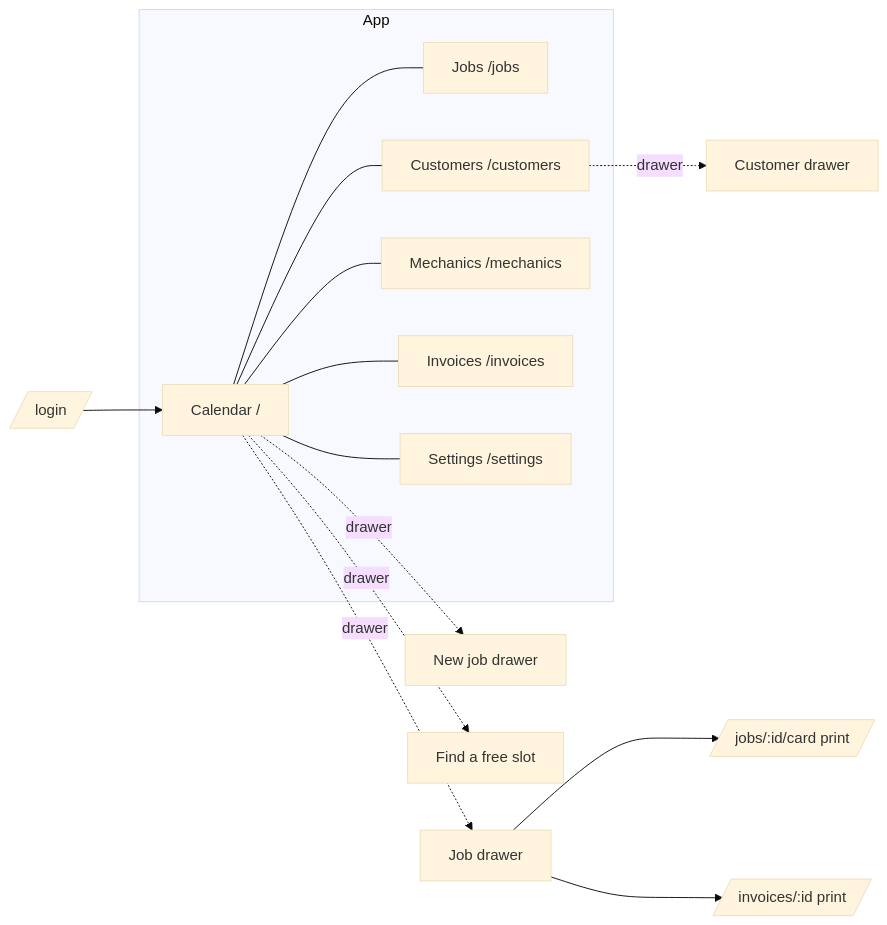
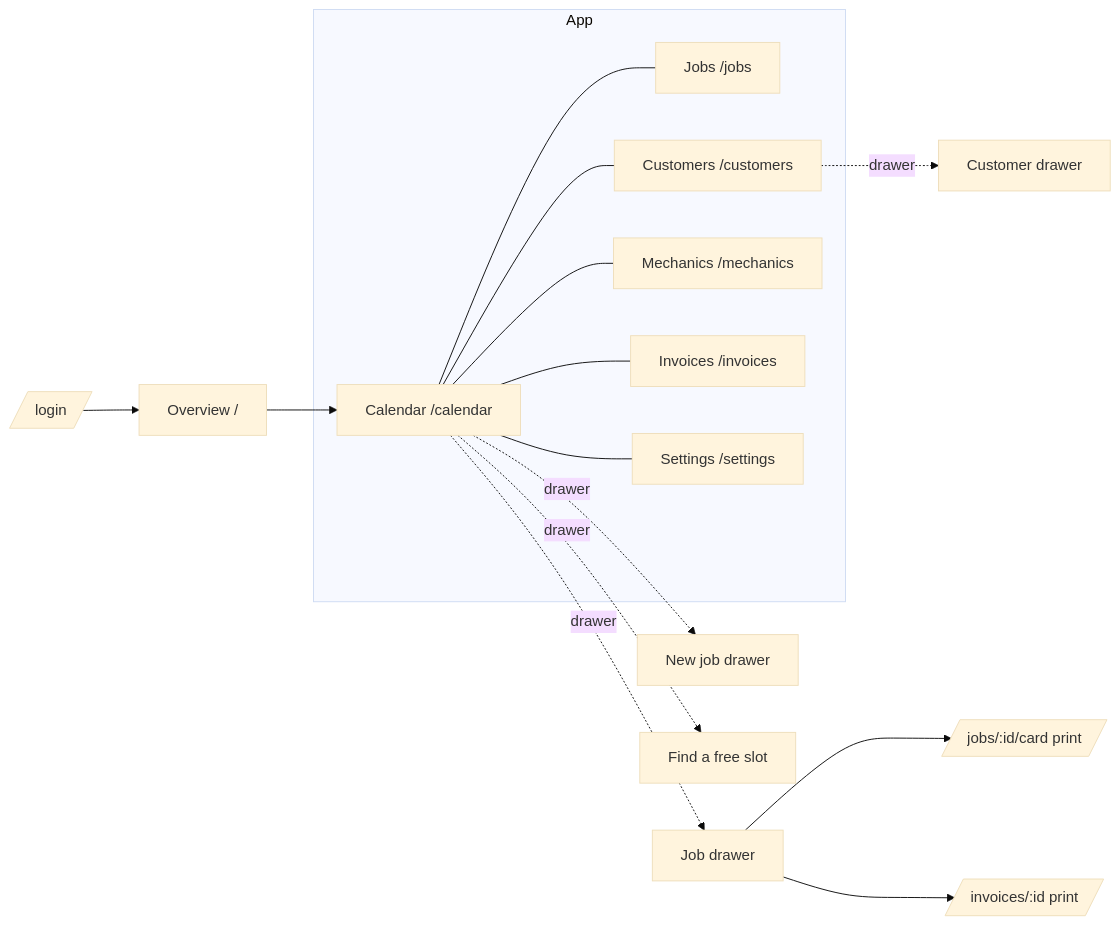
The diagram in docs/SITEMAP.md (jswebcoderprince/ma-workshop), drawn with Mermaid (base theme) before and after one commit. The commit also changed other lines of this file and 4 other files, not shown here.

````diff
--- a/docs/SITEMAP.md
+++ b/docs/SITEMAP.md
@@ -5,17 +5,18 @@
 ```mermaid
 flowchart LR
-    login[/login/] --> cal
+    login[/login/] --> ov[Overview /]
+    ov --> cal
     subgraph App
-      cal[Calendar /] --- jobs[Jobs /jobs]
+      cal[Calendar /calendar] --- jobs[Jobs /jobs]
       cal --- cust[Customers /customers]
       cal --- mech[Mechanics /mechanics]
       cal --- inv[Invoices /invoices]
       cal --- set[Settings /settings]
     end
     cal -. drawer .-> jobd[Job drawer]
     cal -. drawer .-> newj[New job drawer]
     cal -. drawer .-> find[Find a free slot]
     jobd --> card[/jobs/:id/card  print/]
     jobd --> invd[/invoices/:id  print/]
     cust -. drawer .-> custd[Customer drawer]
 ```
````
